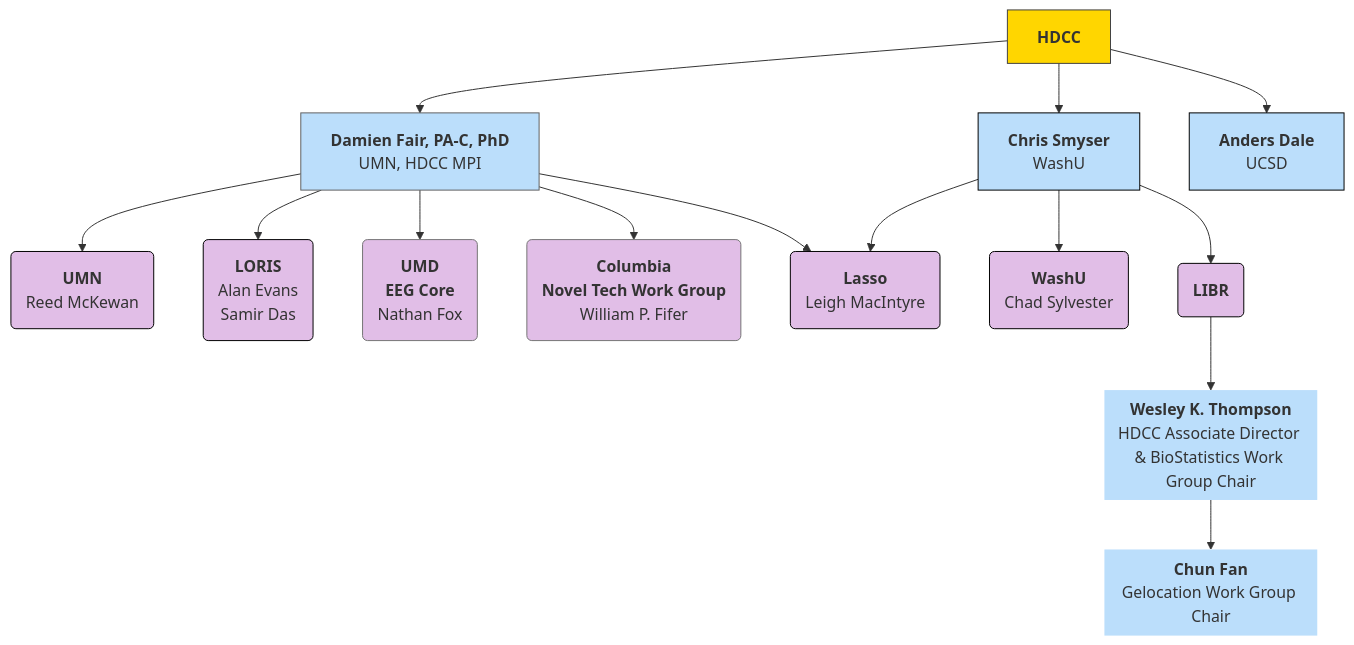
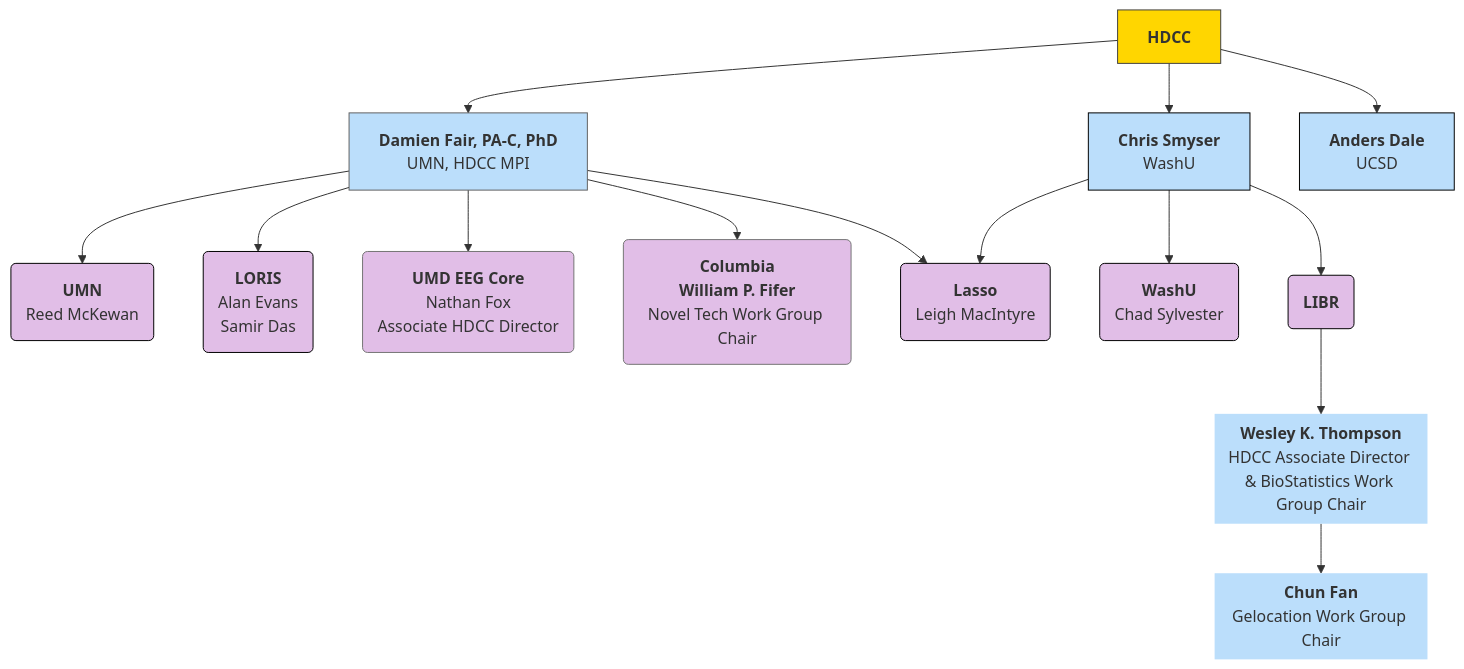
The first of 9 diagrams in docs/orgcharts.md (DCAN-Labs/hbcd-docs-internal), drawn with Mermaid before and after one commit.

Commit message:
minor update to overview org chart

````diff
--- a/docs/orgcharts.md
+++ b/docs/orgcharts.md
@@ -6,45 +6,45 @@
 ```mermaid
 ---
 config:
   layout: dagre
 ---
 flowchart TB
     A["<strong>HDCC</strong>"] --> E["<b>Damien Fair, PA-C, PhD</b><br>UMN, HDCC MPI"] & n1["<b>Chris Smyser</b><br>WashU"] & n2["<b>Anders Dale</b><br>UCSD"]
-    E --> umn["<b>UMN</b><br>Reed McKewan"] & n7["<b>LORIS</b><br>Alan Evans<br>Samir Das"] & n8["<b>UMD<br>EEG Core</b><br>Nathan Fox"] & n11["<b>Columbia<br>Novel Tech Work Group</b><br>William P. Fifer"] & n15["<b>Lasso</b><br>Leigh MacIntyre"]
+    E --> umn["<b>UMN</b><br>Reed McKewan"] & n7["<b>LORIS</b><br>Alan Evans<br>Samir Das"] & n8["<b>UMD EEG Core</b><br>Nathan Fox<br>Associate HDCC Director"] & n11["<b>Columbia</b><br><b>William P. Fifer</b><br>Novel Tech Work Group Chair"] & n15["<b>Lasso</b><br>Leigh MacIntyre"]
     n1 --> n10["<b>WashU</b><br>Chad Sylvester"] & n12["<b>LIBR</b>"] & n15
     n16@{ label: "<span style=\"--tw-scale-x:\"><b>Wesley K. Thompson<br></b>HDCC Associate Director & BioStatistics Work Group Chair</span><br>" } --> n17@{ label: "<span style=\"color:\"><b>Chun Fan<br></b></span><span style=\"--tw-scale-x:\">Gelocation Work Group Chair</span><br style=\"--tw-scale-x:\">" }
     n12 --> n16
     A@{ shape: rect}
     E@{ shape: rect}
     n1@{ shape: rect}
     n2@{ shape: rect}
     umn@{ shape: rounded}
     n7@{ shape: rounded}
     n8@{ shape: rounded}
     n11@{ shape: rounded}
     n15@{ shape: rounded}
     n10@{ shape: rounded}
     n12@{ shape: rounded}
     n16@{ shape: text}
     n17@{ shape: text}
     style A fill:#FFD600,stroke:#424242
     style E fill:#BBDEFB,stroke:#616161
     style n1 fill:#BBDEFB,stroke:#000000
     style n2 fill:#BBDEFB,stroke:#000000
     style umn fill:#E1BEE7,stroke:#000000
     style n7 fill:#E1BEE7,stroke:#000000
     style n8 fill:#E1BEE7,stroke:#757575
     style n11 fill:#E1BEE7,stroke:#757575
     style n15 fill:#E1BEE7,stroke:#000000
     style n10 fill:#E1BEE7,stroke:#000000
     style n12 fill:#E1BEE7,stroke:#000000
     style n16 fill:#BBDEFB
     style n17 fill:#BBDEFB
     click n2 "#ucsd"
     click umn "#university-of-minnesota"
     click n7 "#loris"
     click n8 "#umd-eeg-core"
     click n11 "#columbia-university"
     click n15 "#lasso"
     click n10 "#washu"
 ```
````
